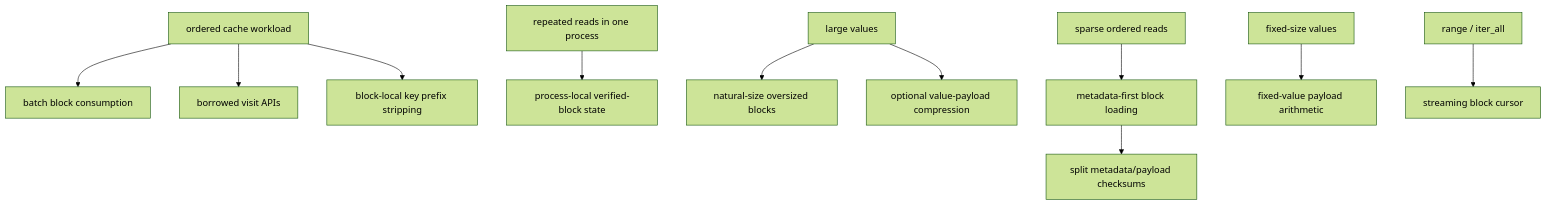
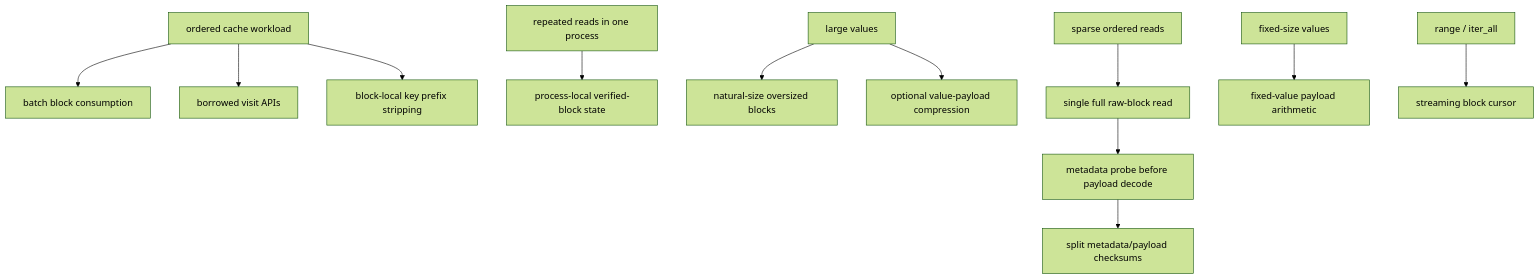
One commit to wangl-cc/evo-ssa-tools changed the seventh of 7 diagrams in crates/segment-cache-store/docs/design.md. Above: the diagram before and after it, drawn with Mermaid (forest theme). The commit also changed other lines of this file and 1 other file, not shown here.

Commit message:
docs(segment-cache-store): align raw block view design

````diff
--- a/crates/segment-cache-store/docs/design.md
+++ b/crates/segment-cache-store/docs/design.md
@@ -589,14 +589,15 @@
 ```mermaid
 flowchart TD
   OrderedWorkload["ordered cache workload"] --> BlockSweep["batch block consumption"]
   OrderedWorkload --> BorrowedVisit["borrowed visit APIs"]
   OrderedWorkload --> PrefixStrip["block-local key prefix stripping"]
 
   RepeatedReads["repeated reads in one process"] --> VerifyCache["process-local verified-block state"]
   LargeValues["large values"] --> OversizedBlocks["natural-size oversized blocks"]
   LargeValues --> PayloadCompression["optional value-payload compression"]
-  SparseReads["sparse ordered reads"] --> MetadataFirst["metadata-first block loading"]
-  MetadataFirst --> SplitChecksums["split metadata/payload checksums"]
+  SparseReads["sparse ordered reads"] --> RawBlockRead["single full raw-block read"]
+  RawBlockRead --> MetadataProbe["metadata probe before payload decode"]
+  MetadataProbe --> SplitChecksums["split metadata/payload checksums"]
   FixedValues["fixed-size values"] --> FixedLayout["fixed-value payload arithmetic"]
   Scans["range / iter_all"] --> StreamingCursor["streaming block cursor"]
 ```
````
